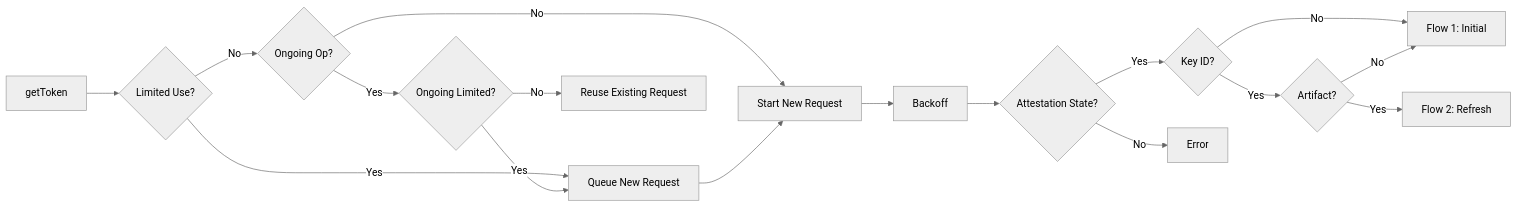
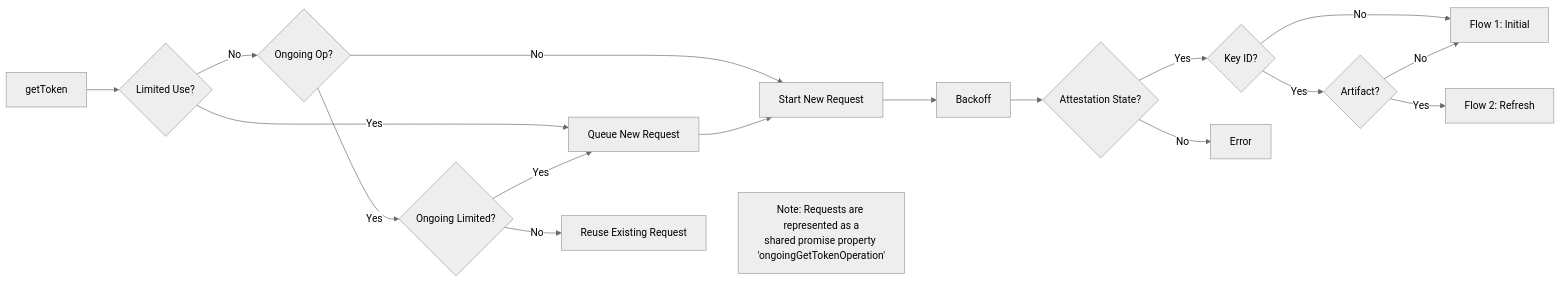
Before and after one commit to google/app-check: the first of 4 diagrams in docs/providers/app-attest.md, drawn with Mermaid (neutral theme).

````diff
--- a/docs/providers/app-attest.md
+++ b/docs/providers/app-attest.md
@@ -31,28 +31,30 @@
 ```mermaid
 flowchart LR
     Start[getToken] --> CheckUse{Limited Use?}
     
     CheckUse -- Yes --> Queue[Queue New Request]
     CheckUse -- No --> Coalesce{Ongoing Op?}
     
     Coalesce -- No --> StartNew[Start New Request]
     Coalesce -- Yes --> CheckOngoing{Ongoing Limited?}
     
     CheckOngoing -- Yes --> Queue
     CheckOngoing -- No --> Reuse[Reuse Existing Request]
     
     Queue --> StartNew
     StartNew --> Backoff[Backoff]
     
     Backoff --> StateCheck{Attestation State?}
     
     StateCheck -->|Yes| KeyCheck{Key ID?}
     
     KeyCheck -- No --> Flow1[Flow 1: Initial]
     KeyCheck -- Yes --> ArtifactCheck{Artifact?}
     
     ArtifactCheck -- No --> Flow1
     ArtifactCheck -- Yes --> Flow2[Flow 2: Refresh]
 
     StateCheck -->|No| Error[Error]
+
+    Reuse ~~~ Footnote[Note: Requests are represented as a<br/>shared promise property 'ongoingGetTokenOperation']
 ```
````
